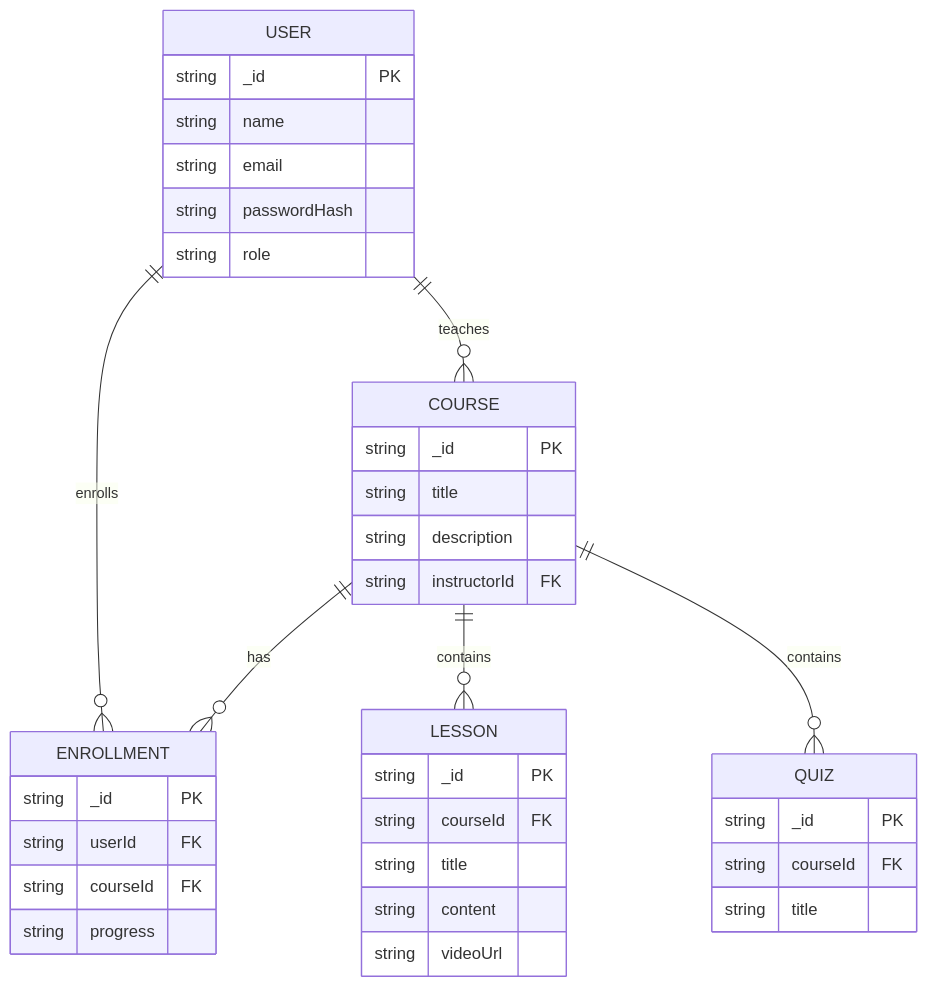
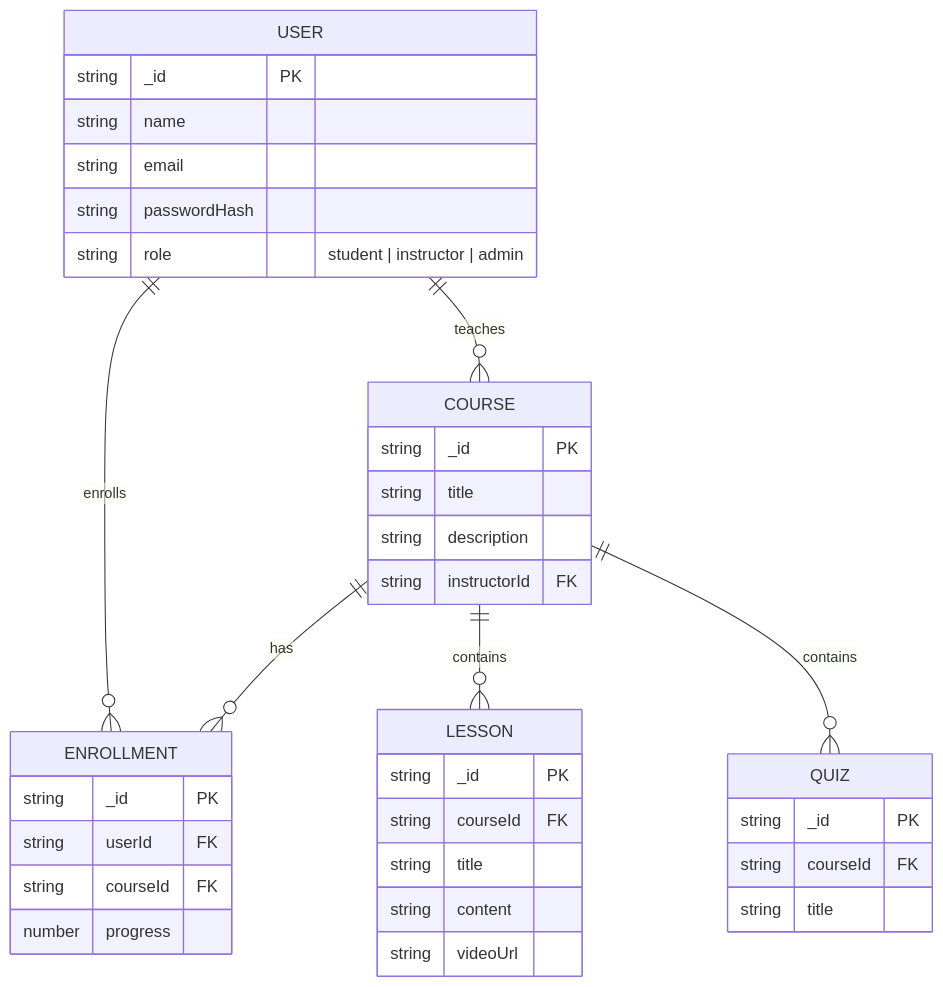
Before and after one commit to Rathanak-Phan/ooad-project-lms: the diagram in README.md, drawn with Mermaid. The commit also changed other lines of this file, not shown here.

````diff
--- a/README.md
+++ b/README.md
@@ -127,44 +108,40 @@
 ```mermaid
 erDiagram
     USER {
         string _id PK
         string name
         string email
         string passwordHash
-        string role
+        string role "student | instructor | admin"
     }
-
     COURSE {
         string _id PK
         string title
         string description
         string instructorId FK
     }
-
     LESSON {
         string _id PK
         string courseId FK
         string title
         string content
         string videoUrl
     }
-
     QUIZ {
         string _id PK
         string courseId FK
         string title
     }
-
     ENROLLMENT {
         string _id PK
         string userId FK
         string courseId FK
-        string progress
+        number progress
     }
 
     USER ||--o{ ENROLLMENT : "enrolls"
     COURSE ||--o{ ENROLLMENT : "has"
     COURSE ||--o{ LESSON : "contains"
     COURSE ||--o{ QUIZ : "contains"
     USER ||--o{ COURSE : "teaches"
 ```
````
